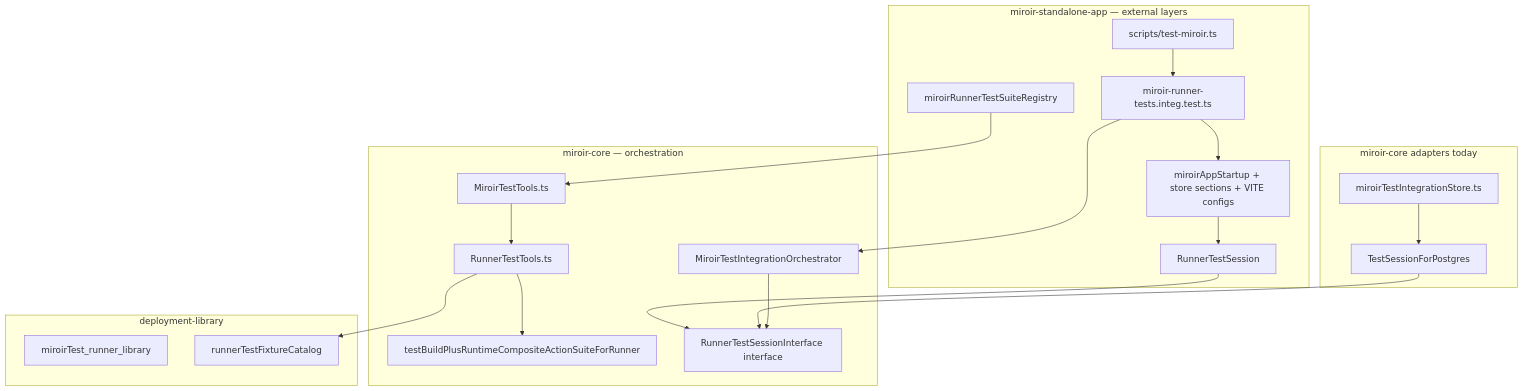
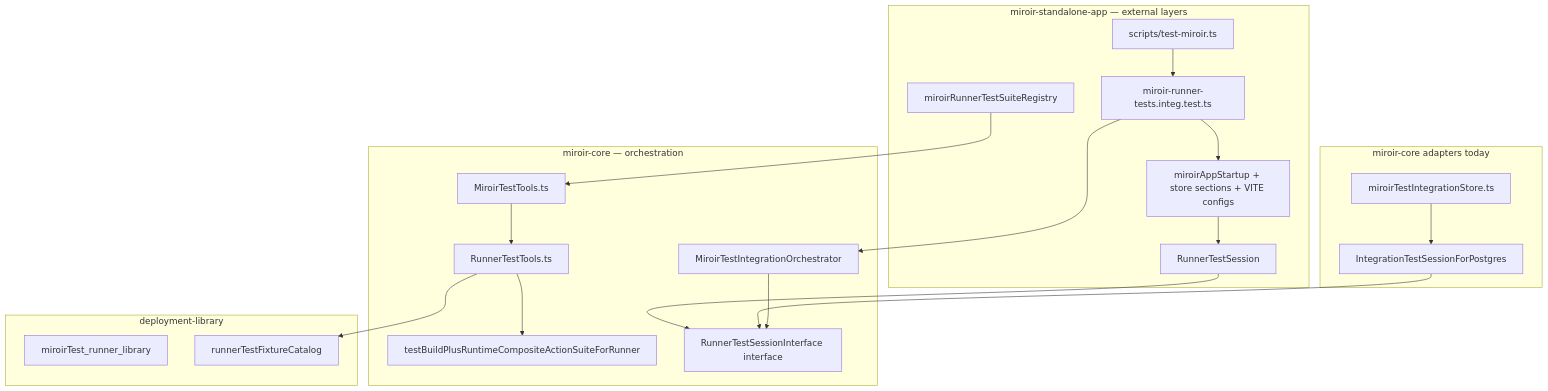
The second of 3 diagrams in code-helpers/features/197-FEATURE- run integration tests in the UI/plan.md (miroir-framework/miroir), drawn with Mermaid before and after one commit. The commit also changed other lines of this file and 26 other files, not shown here.

````diff
--- a/code-helpers/features/197-FEATURE- run integration tests in the UI/plan.md
+++ b/code-helpers/features/197-FEATURE- run integration tests in the UI/plan.md
@@ -239,41 +239,41 @@
 ```mermaid
 flowchart TB
   subgraph standalone [miroir-standalone-app — external layers]
     SCRIPT[scripts/test-miroir.ts]
     ENTRY[miroir-runner-tests.integ.test.ts]
     REG[miroirRunnerTestSuiteRegistry]
     ADAPT_RUN[RunnerTestSession]
     STARTUP[miroirAppStartup + store sections + VITE configs]
   end
 
   subgraph core [miroir-core — orchestration]
     ORCH[MiroirTestIntegrationOrchestrator]
     MT[MiroirTestTools.ts]
     RT[RunnerTestTools.ts]
     BLD[testBuildPlusRuntimeCompositeActionSuiteForRunner]
     PORT[RunnerTestSessionInterface interface]
   end
 
   subgraph core_adapters [miroir-core adapters today]
-    ADAPT_XFORM[TestSessionForPostgres]
+    ADAPT_XFORM[IntegrationTestSessionForPostgres]
     STORE[miroirTestIntegrationStore.ts]
   end
 
   subgraph deploy [deployment-library]
     INST[miroirTest_runner_library]
     FIX[runnerTestFixtureCatalog]
   end
 
   SCRIPT --> ENTRY
   ENTRY --> STARTUP
   ENTRY --> ORCH
   REG --> MT
   ORCH --> PORT
   ADAPT_XFORM --> PORT
   ADAPT_RUN --> PORT
   STORE --> ADAPT_XFORM
   STARTUP --> ADAPT_RUN
   MT --> RT
   RT --> FIX
   RT --> BLD
 ```
````
